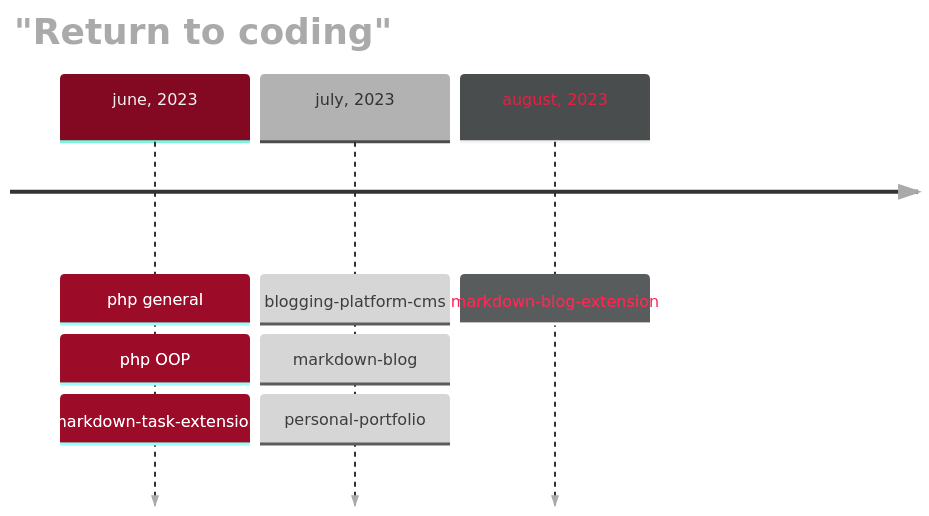
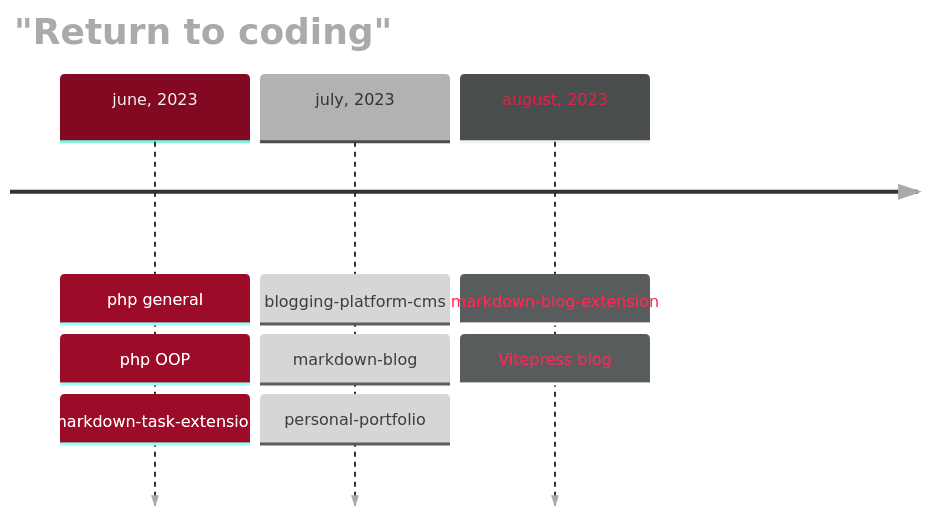
One commit to voiceinthedark/personal-blog changed the diagram in src/notes/project-timeline.md. Above: the diagram before and after it, drawn with Mermaid. The commit also changed other lines of this file and 2 other files, not shown here.

````diff
--- a/src/notes/project-timeline.md
+++ b/src/notes/project-timeline.md
@@ -16,23 +16,23 @@
 ```mermaid
 %%{
     init {
         'theme' : 'base',
         'themeVariables' : {
             'primaryColor' : '#ef1c45',
             'secondaryColor' : '#f2f2f2',
             'cScale2' : '#4a4d4d',
             'quaternaryColor' : '#4d4d4d',
             'textColor' : '#aaa',
             'cScaleLabel2': '#ef1c45',
             'cScaleLabel0': '#f2f2f2',
             'lineColor' : '#aaa'
         }
     }
 
 }%%
 timeline
     title "Return to coding"
     june, 2023: php general : php OOP : markdown-task-extension
     july, 2023: blogging-platform-cms : markdown-blog : personal-portfolio
-    august, 2023: markdown-blog-extension
+    august, 2023: markdown-blog-extension : Vitepress blog
 ```
````
